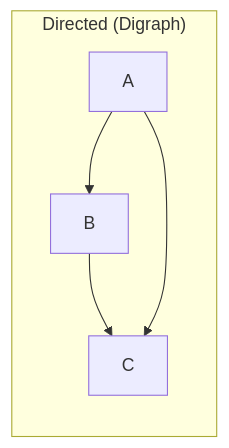
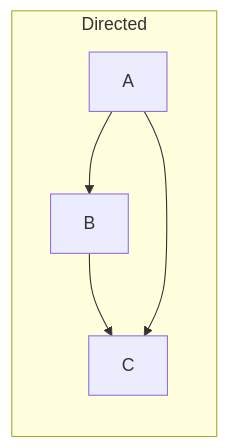
The second of 4 diagrams in docs/11-graph.md (valarpirai/software-enginneering), drawn with Mermaid before and after one commit. The commit also changed other lines of this file and 1 other file, not shown here.

First line of the commit message:
Rewrite trie and graph docs to follow template rules

````diff
--- a/docs/11-graph.md
+++ b/docs/11-graph.md
@@ -33,8 +46,7 @@
 ```mermaid
 graph LR
-    subgraph "Directed (Digraph)"
-    A2["A"] --> B2["B"]
-    B2 --> C2["C"]
+    subgraph Directed
+    A2["A"] --> B2["B"] --> C2["C"]
     A2 --> C2
     end
 ```
````
